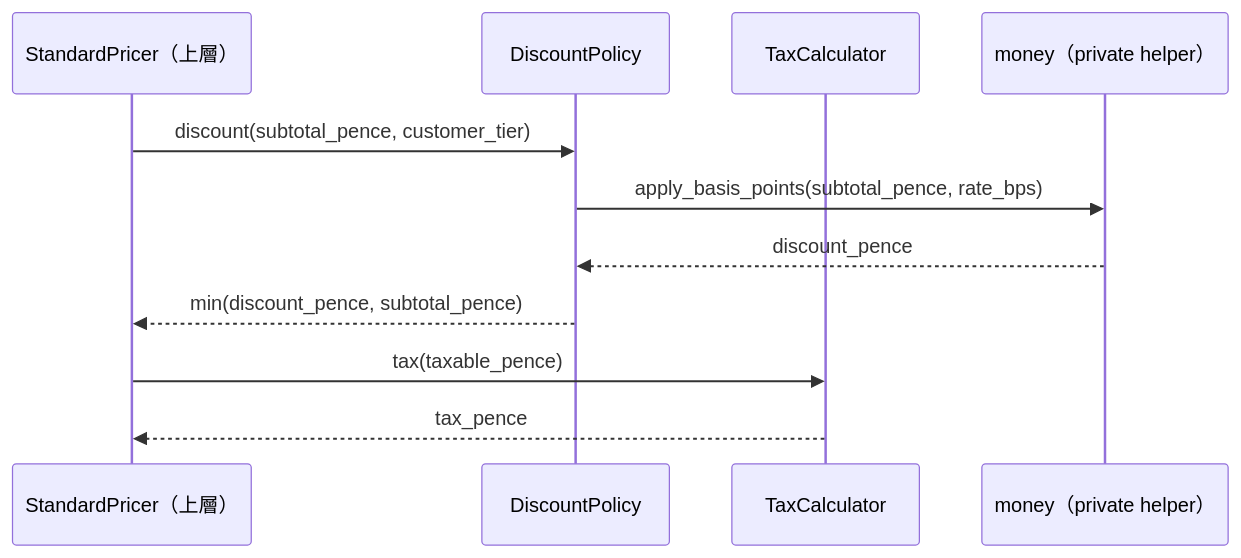
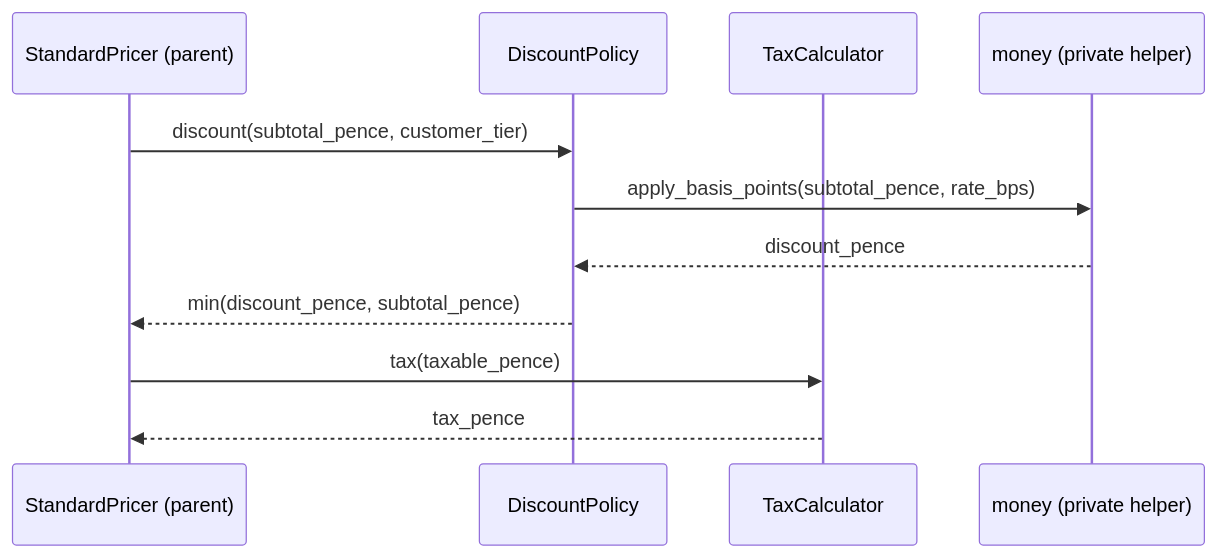
Before and after one commit to IcarusSO/diagram-driven-coding: the second of 2 diagrams in demo/pricing/rules/ARCHITECTURE.md, drawn with Mermaid. The commit also changed other lines of this file and 12 other files, not shown here.

Commit message:
Skill and demo docs in English; clarify stale-diagram rule, caller search, value classes and trigger

````diff
--- a/demo/pricing/rules/ARCHITECTURE.md
+++ b/demo/pricing/rules/ARCHITECTURE.md
@@ -51,13 +51,13 @@
 ```mermaid
 sequenceDiagram
-    participant Caller as StandardPricer（上層）
+    participant Caller as StandardPricer (parent)
     participant DiscountPolicy
     participant TaxCalculator
-    participant money as money（private helper）
+    participant money as money (private helper)
     Caller->>DiscountPolicy: discount(subtotal_pence, customer_tier)
     DiscountPolicy->>money: apply_basis_points(subtotal_pence, rate_bps)
     money-->>DiscountPolicy: discount_pence
     DiscountPolicy-->>Caller: min(discount_pence, subtotal_pence)
     Caller->>TaxCalculator: tax(taxable_pence)
     TaxCalculator-->>Caller: tax_pence
 ```
````
